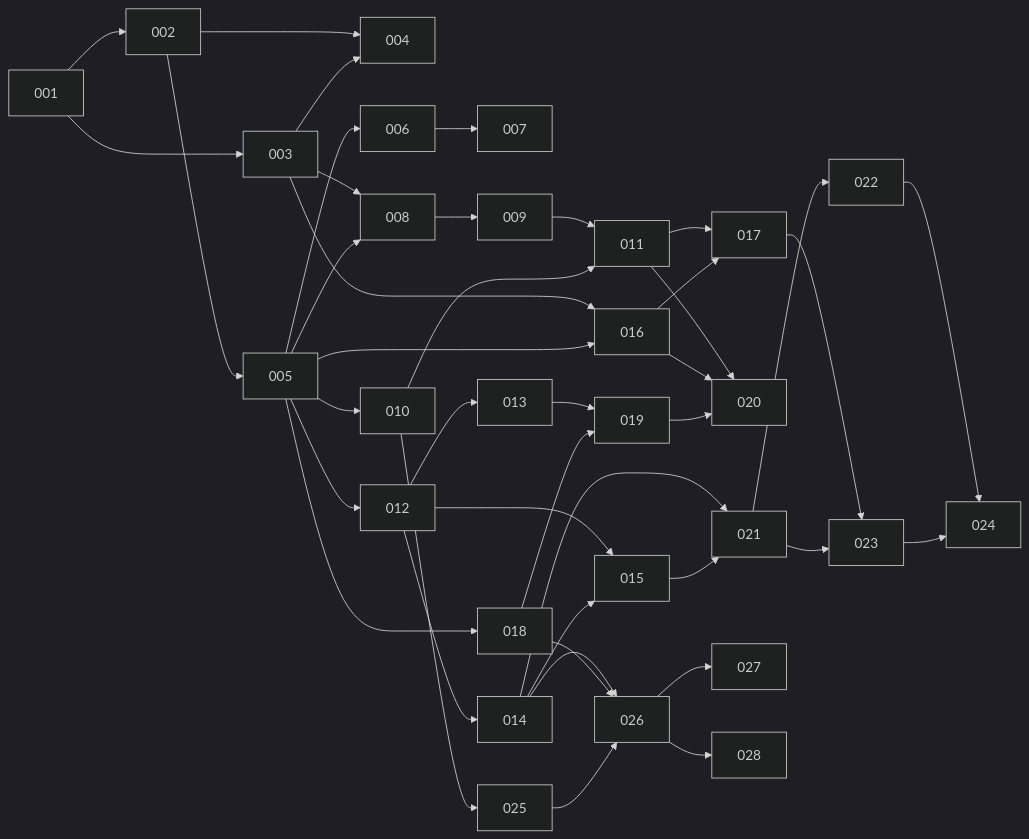
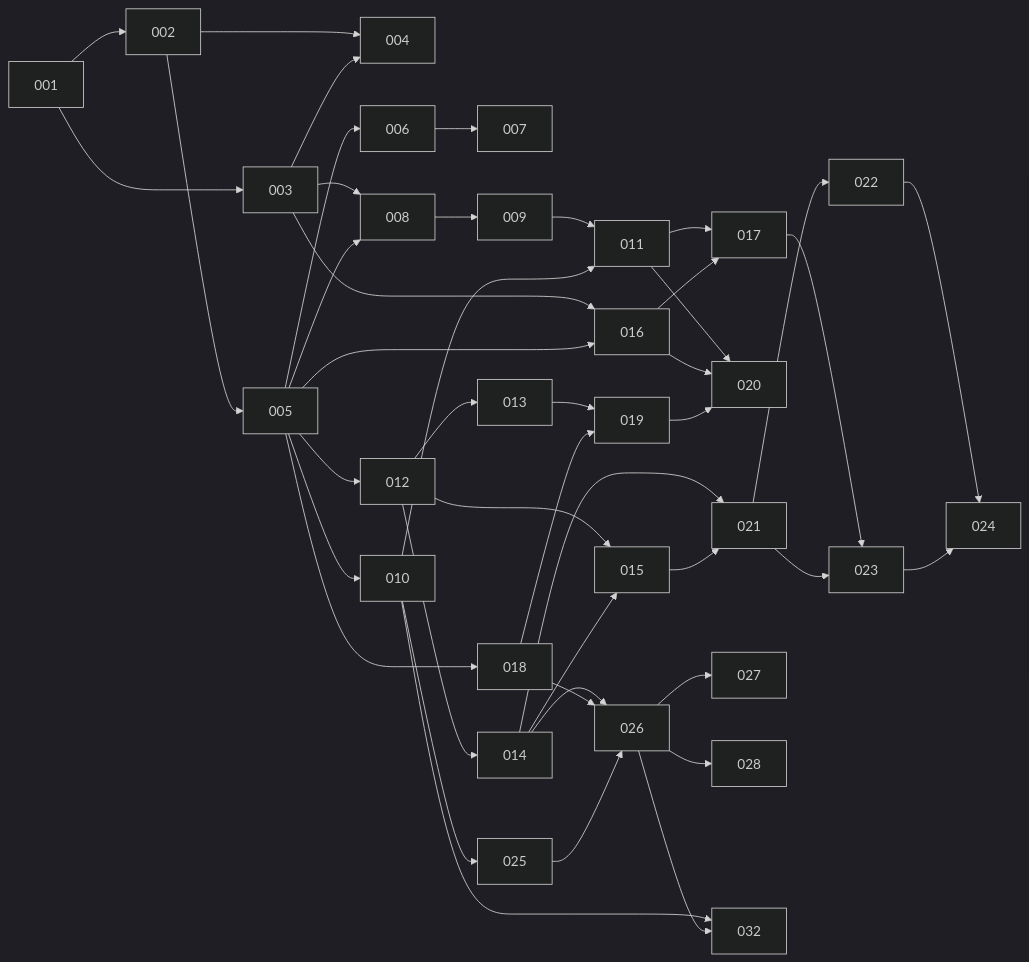
The diagram in ROADMAP.md (stevenpickles/straticate), drawn with Mermaid (dark theme) before and after one commit. The commit also changed other lines of this file and 20 other files, not shown here.

````diff
--- a/ROADMAP.md
+++ b/ROADMAP.md
@@ -140,24 +153,25 @@
 ```mermaid
 graph LR
   001 --> 002 & 003
   002 & 003 --> 004
   002 --> 005
   005 --> 006 --> 007
   003 & 005 --> 008 --> 009
   005 --> 010
   009 & 010 --> 011
   005 --> 012 --> 013
   012 --> 014
   012 & 014 --> 015
   003 & 005 --> 016
   011 & 016 --> 017
   005 --> 018
   013 & 018 --> 019
   011 & 016 & 019 --> 020
   014 & 015 --> 021 --> 022
   017 & 021 --> 023
   022 & 023 --> 024
   010 --> 025
   014 & 018 & 025 --> 026
   026 --> 027 & 028
+  010 & 026 --> 032
 ```
````
